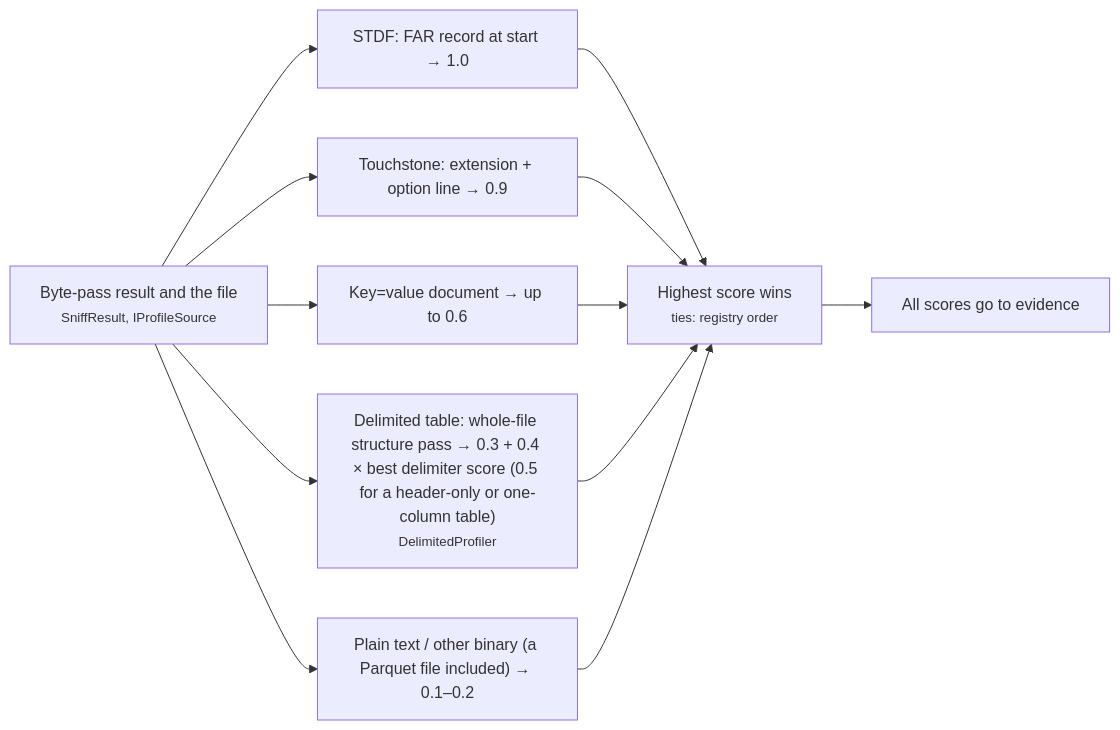
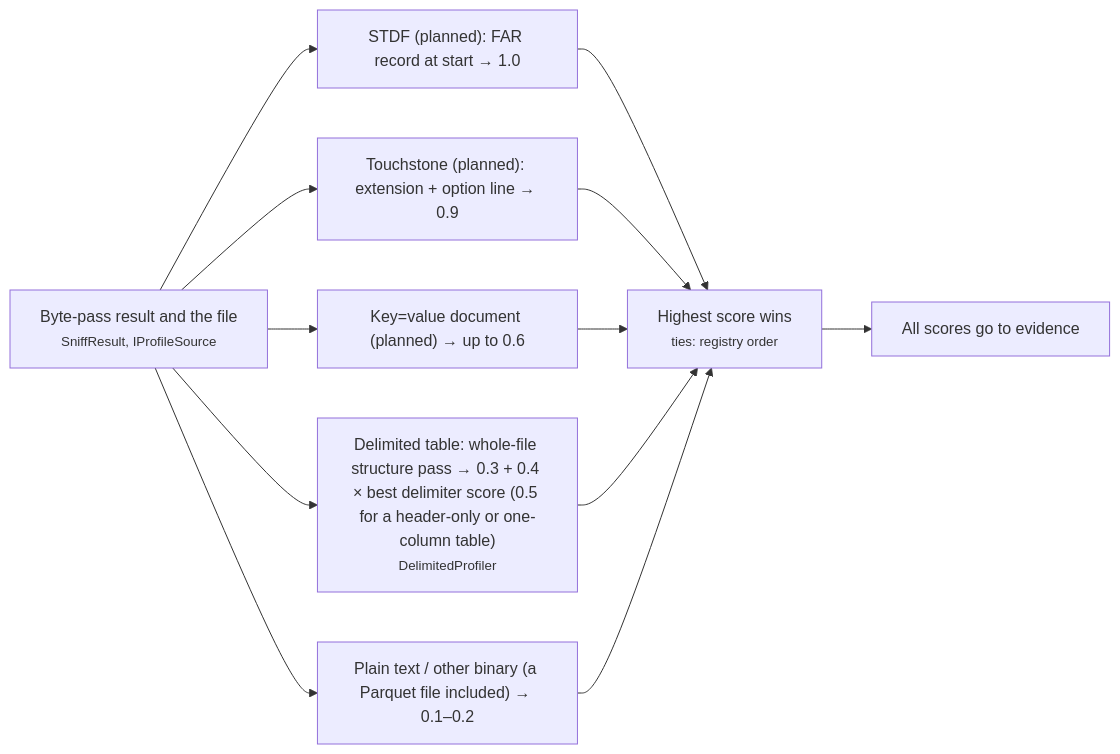
Before and after one commit to squalor-xyz/squalify: the fourth of 32 diagrams in docs/how-it-works.md, drawn with Mermaid. The commit also changed other lines of this file and 15 other files, not shown here.

````diff
--- a/docs/how-it-works.md
+++ b/docs/how-it-works.md
@@ -60,10 +60,10 @@
 ```mermaid
 flowchart LR
-    S["Byte-pass result and the file<br/><small>SniffResult, IProfileSource</small>"] --> P2["STDF: FAR record at start → 1.0"]
-    S --> P3["Touchstone: extension + option line → 0.9"]
-    S --> P4["Key=value document → up to 0.6"]
+    S["Byte-pass result and the file<br/><small>SniffResult, IProfileSource</small>"] --> P2["STDF (planned): FAR record at start → 1.0"]
+    S --> P3["Touchstone (planned): extension + option line → 0.9"]
+    S --> P4["Key=value document (planned) → up to 0.6"]
     S --> P5["Delimited table: whole-file structure pass → 0.3 + 0.4 × best delimiter score (0.5 for a header-only or one-column table)<br/><small>DelimitedProfiler</small>"]
     S --> P6["Plain text / other binary (a Parquet file included) → 0.1–0.2"]
     P2 & P3 & P4 & P5 & P6 --> W["Highest score wins<br/><small>ties: registry order</small>"]
     W --> Ev["All scores go to evidence"]
 ```
````
